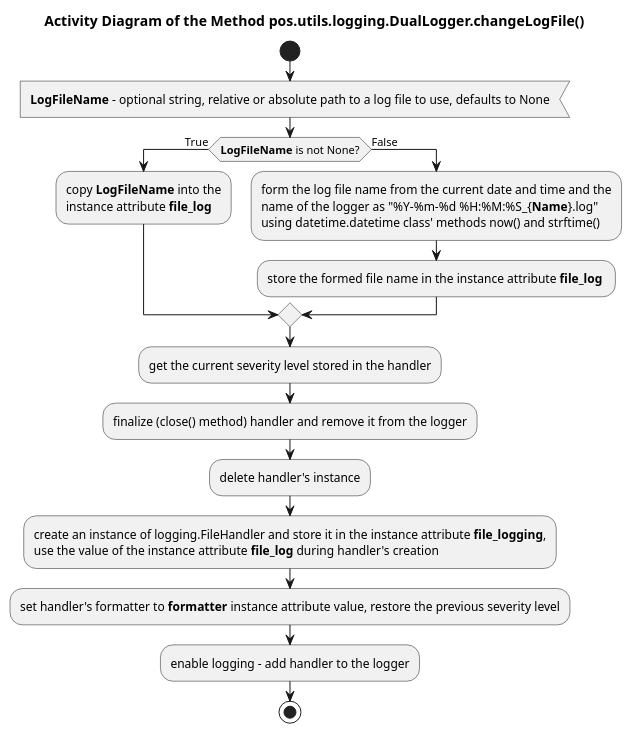
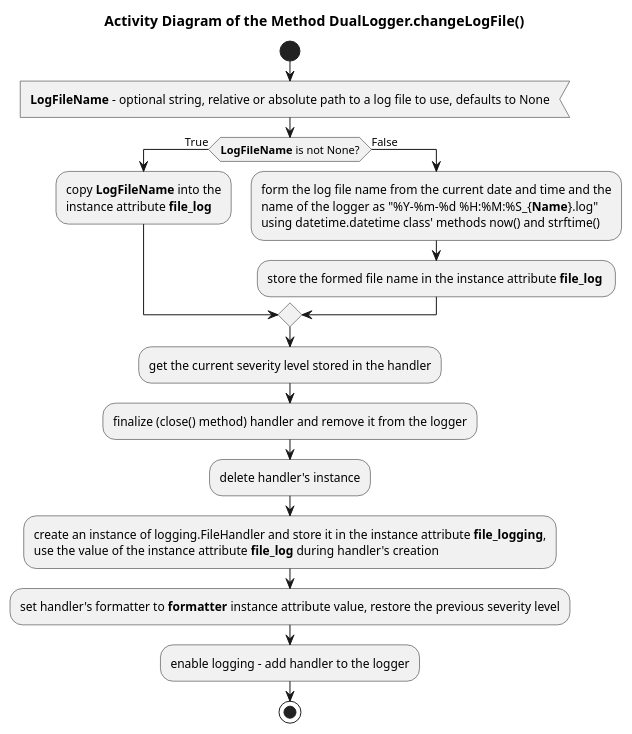
One commit to FooBarShebang/pos changed the diagram in Docs/UML/utils/loggers_py/DualLogger.changeLogFile() Activity.pu. Above: the diagram before and after it, drawn with PlantUML. The commit also changed 25 other files, not shown here.

```diff
--- a/Docs/UML/utils/loggers_py/DualLogger.changeLogFile() Activity.pu
+++ b/Docs/UML/utils/loggers_py/DualLogger.changeLogFile() Activity.pu
@@ -1,35 +1,35 @@
 @startuml
 
-title Activity Diagram of the Method pos.utils.logging.DualLogger.changeLogFile()
+title Activity Diagram of the Method DualLogger.changeLogFile()
 
 start
 
 :<b>LogFileName</b> - optional string, relative or absolute path to a log file to use, defaults to None<
 
 if (<b>LogFileName</b> is not None?) then (True)
     :copy <b>LogFileName</b> into the
     instance attribute <b>file_log</b> ;
 else (False)
     :form the log file name from the current date and time and the
     name of the logger as "%Y-%m-%d %H:%M:%S_{<b>Name</b>}.log"
     using datetime.datetime class' methods now() and strftime();
     
     :store the formed file name in the instance attribute <b>file_log</b> ;
 endif
 
 :get the current severity level stored in the handler;
 
 :finalize (close() method) handler and remove it from the logger;
 
 :delete handler's instance;
 
 :create an instance of logging.FileHandler and store it in the instance attribute <b>file_logging</b>,
 use the value of the instance attribute <b>file_log</b> during handler's creation;
 
 :set handler's formatter to <b>formatter</b> instance attribute value, restore the previous severity level;
 
 :enable logging - add handler to the logger;
 
 stop
 
 @enduml
```
